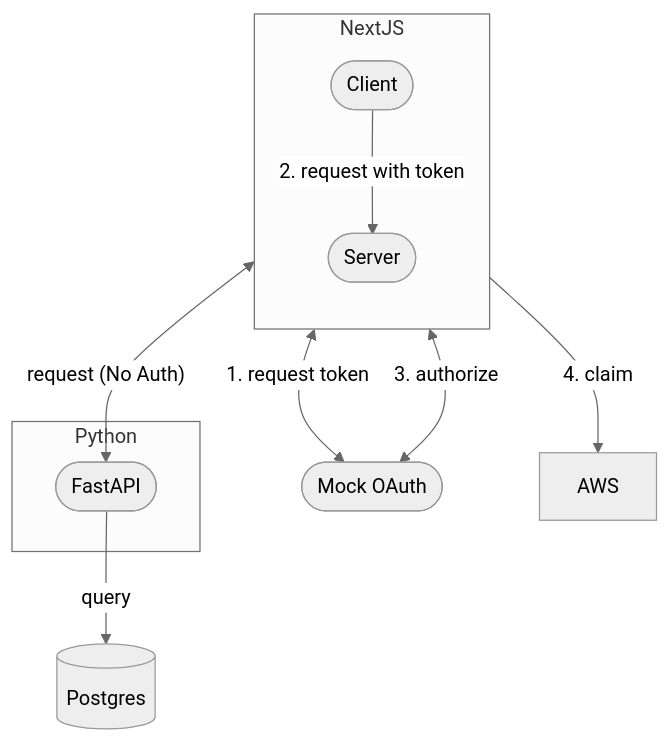
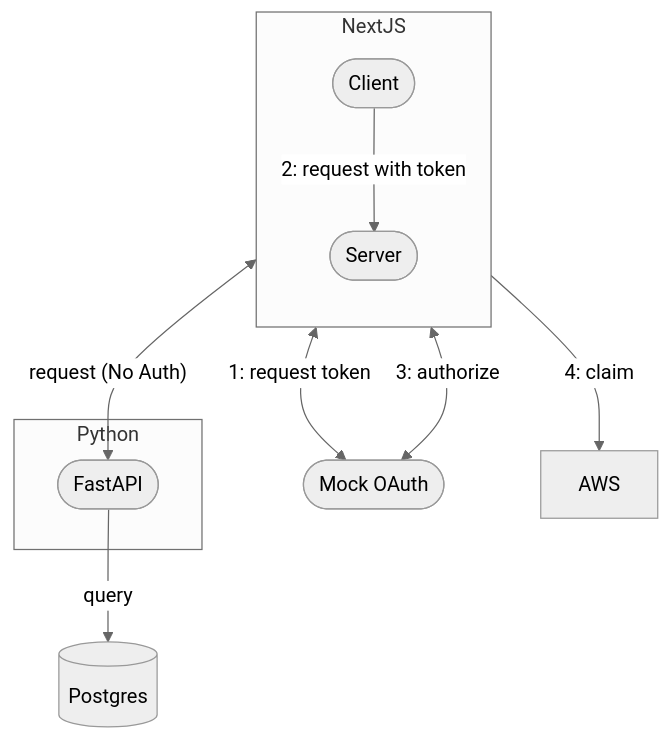
The first of 2 diagrams in README.md (zcemycl/hc-frontend), drawn with Mermaid (neutral theme) before and after one commit. The commit also changed other lines of this file, not shown here.

````diff
--- a/README.md
+++ b/README.md
@@ -6,18 +6,18 @@
   ```mermaid
   flowchart TB;
   B([Mock OAuth]);
   subgraph Python
      E([FastAPI])
   end;
   subgraph NextJS
      direction TB
         A([Client]);
         C([Server]);
   end;
-  A <-->|1. request token| B;
-  A -->|2. request with token| C;
-  C <-->|3. authorize| B;
-  C -->|4. claim| D[AWS]
+  A <-->|1: request token| B;
+  A -->|2: request with token| C;
+  C <-->|3: authorize| B;
+  C -->|4: claim| D[AWS]
   A <-->|"request (No Auth)"| E;
   E -->|query| F[(Postgres)]
   ```
````
